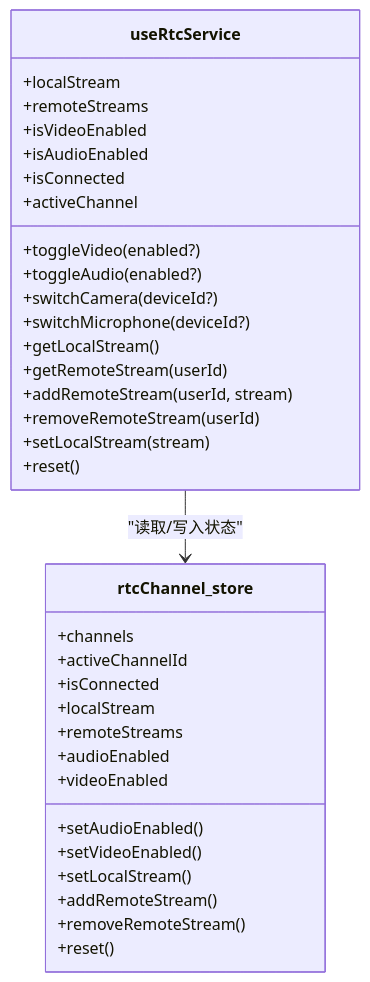
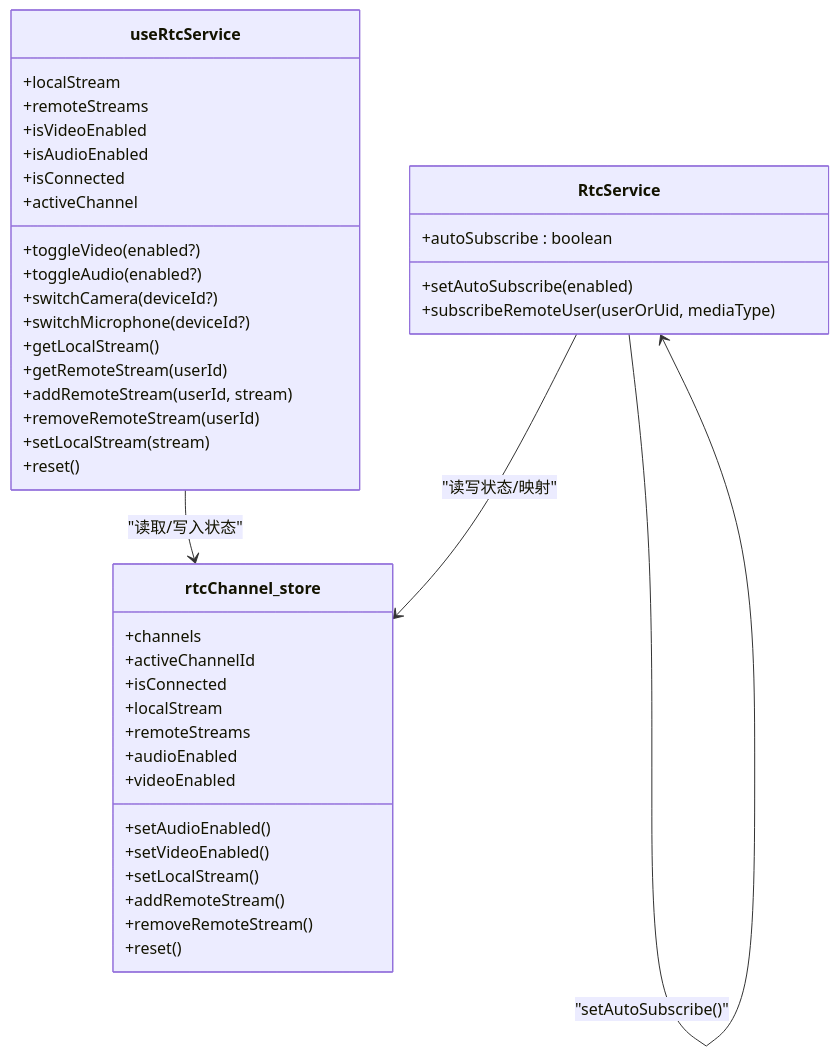
One commit to Easemob-Community/easemob-uikit-callkit-vue3 changed the third of 11 diagrams in .qoder/repowiki/zh/content/组合式 API/RTC 服务 API.md. Above: the diagram before and after it, drawn with Mermaid. The commit also changed other lines of this file and 54 other files, not shown here.

First line of the commit message:
refactor: 清理废弃代码 + 移出 RtcService 实例 + API 便捷性优化

````diff
--- a/.qoder/repowiki/zh/content/组合式 API/RTC 服务 API.md
+++ b/.qoder/repowiki/zh/content/组合式 API/RTC 服务 API.md
@@ -153,37 +191,44 @@
 ```mermaid
 classDiagram
 class useRtcService {
 +localStream
 +remoteStreams
 +isVideoEnabled
 +isAudioEnabled
 +isConnected
 +activeChannel
 +toggleVideo(enabled?)
 +toggleAudio(enabled?)
 +switchCamera(deviceId?)
 +switchMicrophone(deviceId?)
 +getLocalStream()
 +getRemoteStream(userId)
 +addRemoteStream(userId, stream)
 +removeRemoteStream(userId)
 +setLocalStream(stream)
 +reset()
 }
+class RtcService {
++autoSubscribe : boolean
++setAutoSubscribe(enabled)
++subscribeRemoteUser(userOrUid, mediaType)
+}
 class rtcChannel_store {
 +channels
 +activeChannelId
 +isConnected
 +localStream
 +remoteStreams
 +audioEnabled
 +videoEnabled
 +setAudioEnabled()
 +setVideoEnabled()
 +setLocalStream()
 +addRemoteStream()
 +removeRemoteStream()
 +reset()
 }
 useRtcService --> rtcChannel_store : "读取/写入状态"
+RtcService --> rtcChannel_store : "读写状态/映射"
+RtcService --> RtcService : "setAutoSubscribe()"
 ```
````
